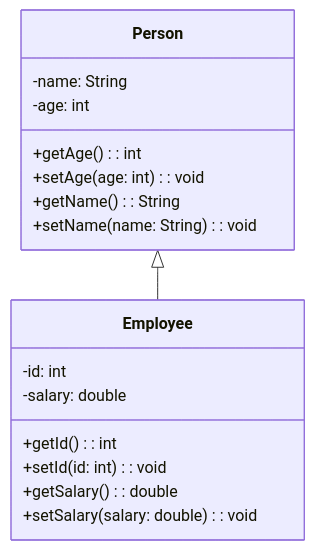
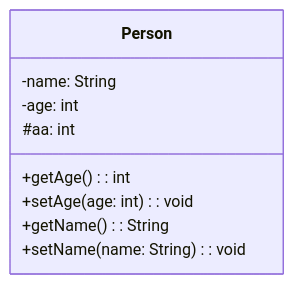
Before and after one commit to GUI-nephelo/ooi: the diagram in CS/C++/复习笔记.md, drawn with Mermaid. The commit also changed other lines of this file and 1 other file, not shown here.

Commit message:
vault backup: 2023-06-13 21:02:51

````diff
--- a/CS/C++/复习笔记.md
+++ b/CS/C++/复习笔记.md
@@ -106,22 +117,12 @@
 ```mermaid
 classDiagram
 class Person {
   -name: String
   -age: int
+  #aa: int
   +getAge(): int
   +setAge(age: int): void
   +getName(): String
   +setName(name: String): void
 }
-
-class Employee {
-  -id: int
-  -salary: double
-  +getId(): int
-  +setId(id: int): void
-  +getSalary(): double
-  +setSalary(salary: double): void
-}
-
-Person <|-- Employee
 ```
````
